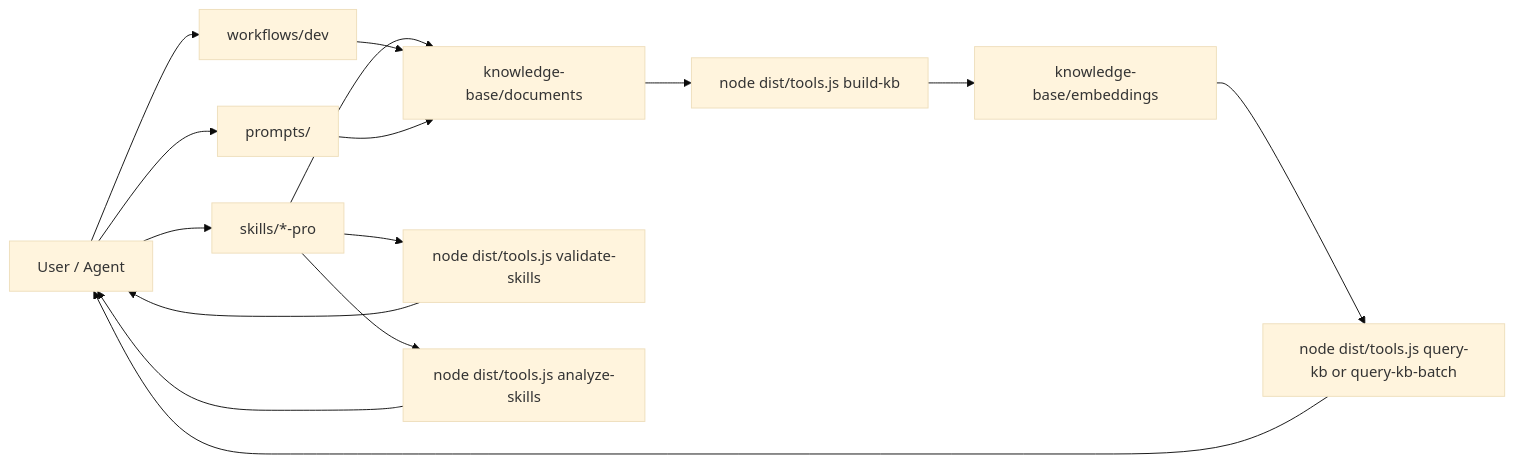
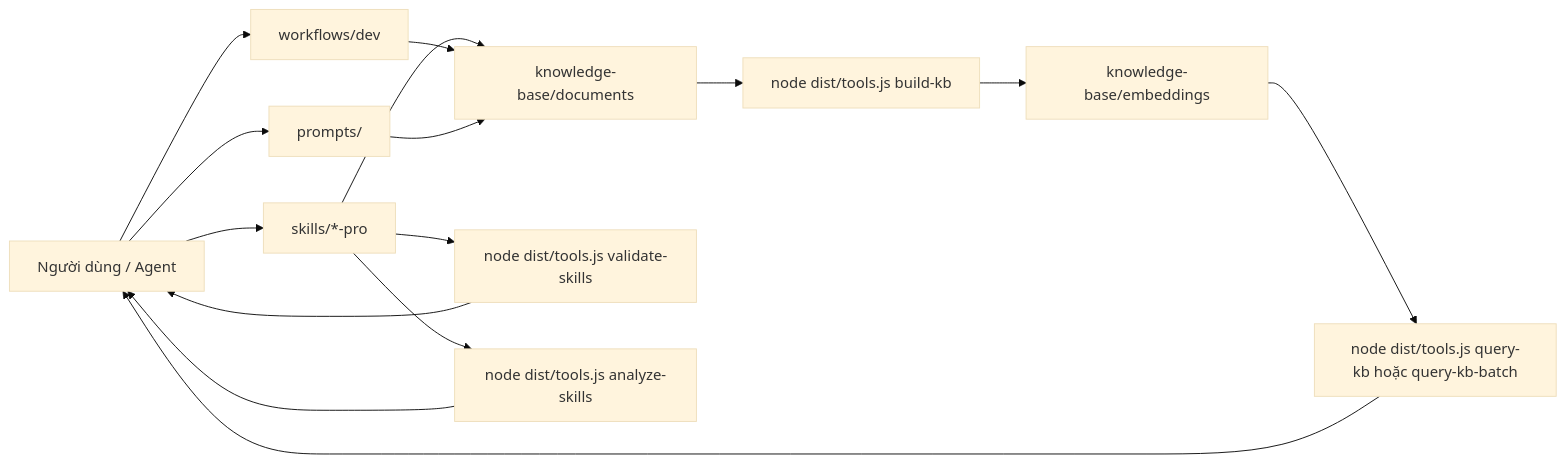
One commit to truongnat/skills changed the diagram in README.md. Above: the diagram before and after it, drawn with Mermaid (base theme). The commit also changed other lines of this file and 39 other files, not shown here.

````diff
--- a/README.md
+++ b/README.md
@@ -58,20 +60,20 @@
 ```mermaid
 flowchart LR
-  USER[User / Agent] --> SKILLS[skills/*-pro]
+  USER[Người dùng / Agent] --> SKILLS[skills/*-pro]
   USER --> WF[workflows/dev]
   USER --> PROMPTS[prompts/]
 
   SKILLS --> DOCS[knowledge-base/documents]
   WF --> DOCS
   PROMPTS --> DOCS
 
   DOCS --> BUILD[node dist/tools.js build-kb]
   BUILD --> EMB[knowledge-base/embeddings]
-  EMB --> QUERY[node dist/tools.js query-kb or query-kb-batch]
+  EMB --> QUERY[node dist/tools.js query-kb hoặc query-kb-batch]
   QUERY --> USER
 
   SKILLS --> VALIDATE[node dist/tools.js validate-skills]
   SKILLS --> ANALYZE[node dist/tools.js analyze-skills]
   VALIDATE --> USER
   ANALYZE --> USER
 ```
````
